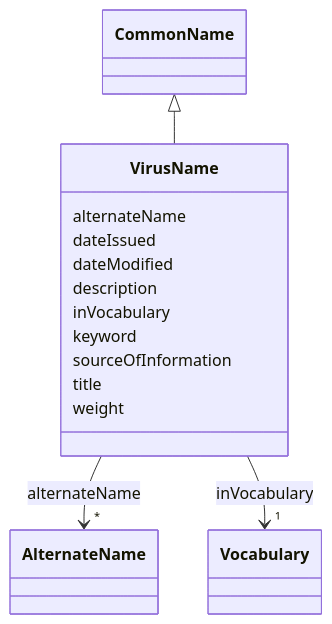
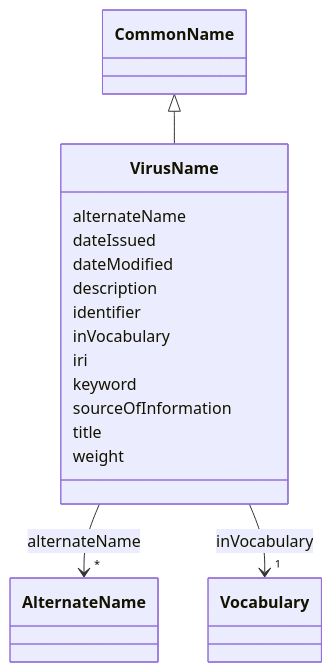
One commit to EVORA-project/evora-ontology changed the diagram in models/docs/VirusName.md. Above: the diagram before and after it, drawn with Mermaid. The commit also changed other lines of this file and 391 other files, not shown here.

````diff
--- a/models/docs/VirusName.md
+++ b/models/docs/VirusName.md
@@ -19,41 +19,45 @@
 ```mermaid
  classDiagram
     class VirusName
     click VirusName href "../VirusName"
       CommonName <|-- VirusName
         click CommonName href "../CommonName"
       
       VirusName : alternateName
         
           
     
     
     VirusName --> "*" AlternateName : alternateName
     click AlternateName href "../AlternateName"
 
         
       VirusName : dateIssued
         
       VirusName : dateModified
         
       VirusName : description
         
+      VirusName : identifier
+        
       VirusName : inVocabulary
         
           
     
     
     VirusName --> "1" Vocabulary : inVocabulary
     click Vocabulary href "../Vocabulary"
 
+        
+      VirusName : iri
         
       VirusName : keyword
         
       VirusName : sourceOfInformation
         
       VirusName : title
         
       VirusName : weight
         
       
 ```
````
